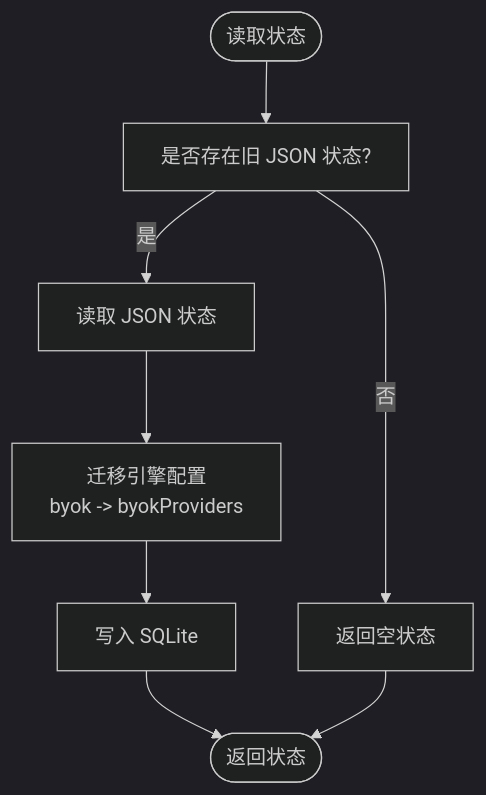
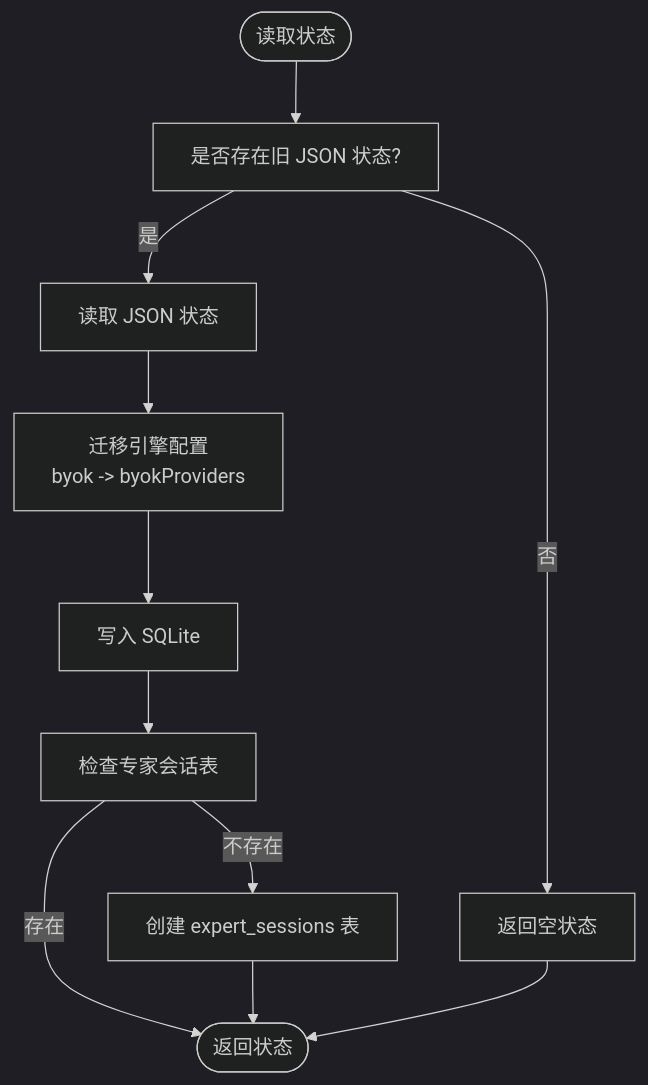
Before and after one commit to coconilu/RepoHelm: the fourth of 20 diagrams in .qoder/repowiki/zh/content/核心服务模块/核心服务模块.md, drawn with Mermaid (dark theme). The commit also changed other lines of this file and 14 other files, not shown here.

````diff
--- a/.qoder/repowiki/zh/content/核心服务模块/核心服务模块.md
+++ b/.qoder/repowiki/zh/content/核心服务模块/核心服务模块.md
@@ -430,10 +549,13 @@
 ```mermaid
 flowchart TD
 Start(["读取状态"]) --> CheckLegacy["是否存在旧 JSON 状态?"]
 CheckLegacy --> |是| ReadJson["读取 JSON 状态"]
 ReadJson --> Migrate["迁移引擎配置<br/>byok -> byokProviders"]
 Migrate --> WriteSqlite["写入 SQLite"]
 CheckLegacy --> |否| Empty["返回空状态"]
-WriteSqlite --> Done(["返回状态"])
+WriteSqlite --> CheckExpert["检查专家会话表"]
+CheckExpert --> |不存在| CreateTable["创建 expert_sessions 表"]
+CheckExpert --> |存在| Done(["返回状态"])
+CreateTable --> Done
 Empty --> Done
 ```
````
